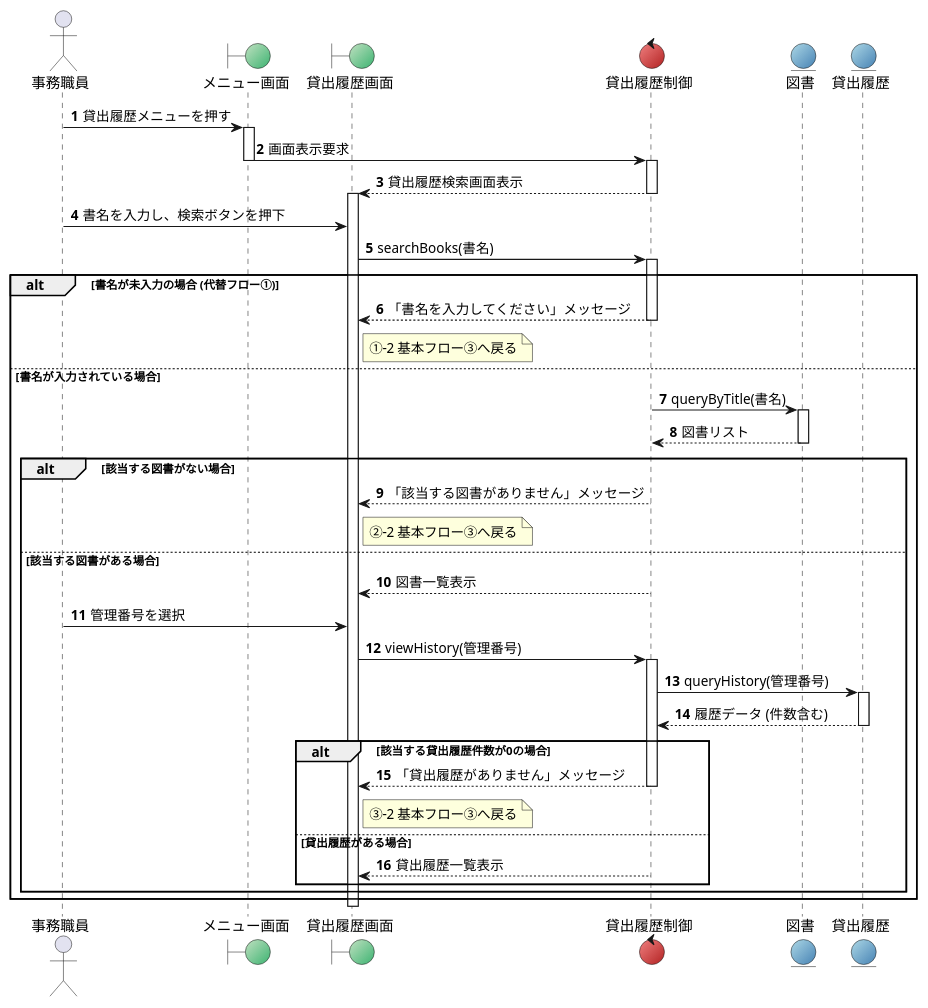
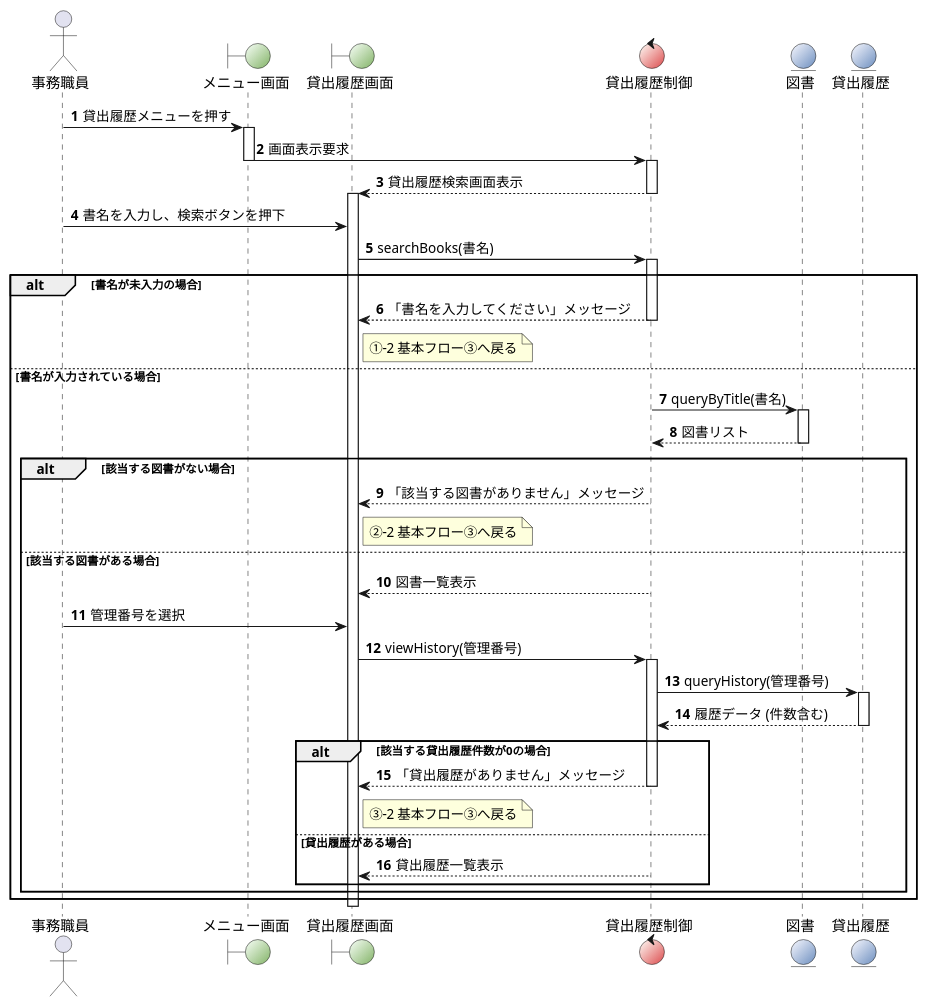
One commit to mameiku/group3-4-No.2 changed the diagram in sequencs_04.pu. Above: the diagram before and after it, drawn with PlantUML.

Commit message:
変更

```diff
--- a/sequencs_04.pu
+++ b/sequencs_04.pu
@@ -1,77 +1,77 @@
 @startuml LoanHistoryViewSequence
 
-' ロバストネス図の色をオブジェクトに直接指定
 actor "事務職員" as Staff
-' Boundary (緑系)
-boundary "メニュー画面" as MScreen #C1E1C1/3CB371
-boundary "貸出履歴画面" as HScreen #C1E1C1/3CB371
-' Control (赤系)
-control "貸出履歴制御" as HCtrl #F08080/B22222
-' Entity (青系)
-entity "図書" as Book #ADD8E6/4682B4
-entity "貸出履歴" as Loan #ADD8E6/4682B4
+' Boundary (緑系) - 色を最大限に薄く調整
+boundary "メニュー画面" as MScreen #F9FFF9/82B366
+boundary "貸出履歴画面" as HScreen #F9FFF9/82B366
+' Control (赤系) - 色を最大限に薄く調整
+control "貸出履歴制御" as HCtrl #FFFFF9/DC4A4C
+' Entity (青系) - 色を最大限に薄く調整
+entity "図書" as Book #F9F9FF/6C8EBF
+entity "貸出履歴" as Loan #F9F9FF/6C8EBF
 
 autonumber
 
 ' ①～② 画面表示
 Staff -> MScreen: 貸出履歴メニューを押す
 activate MScreen
 MScreen -> HCtrl: 画面表示要求
 deactivate MScreen
 activate HCtrl
 HCtrl --> HScreen: 貸出履歴検索画面表示
 deactivate HCtrl
 activate HScreen 
+
 ' 基本フロー ③: 書名検索ボタン押下
 Staff -> HScreen: 書名を入力し、検索ボタンを押下
 
 HScreen -> HCtrl: searchBooks(書名)
 activate HCtrl
 
-' 代替フローと基本フローの分岐処理
-alt 書名が未入力の場合 (代替フロー①)
+' 代替フロー ①: 書名が未入力の場合の分岐
+alt 書名が未入力の場合
     HCtrl --> HScreen: 「書名を入力してください」メッセージ
     deactivate HCtrl
     note right of HScreen: ①-2 基本フロー③へ戻る
 else 書名が入力されている場合
     
     ' 基本フロー ④: DB検索と結果取得
     HCtrl -> Book: queryByTitle(書名)
     activate Book
     Book --> HCtrl: 図書リスト
     deactivate Book
 
     ' 代替フロー ②: 該当図書がない場合の分岐
     alt 該当する図書がない場合
         HCtrl --> HScreen: 「該当する図書がありません」メッセージ
         deactivate HCtrl
         note right of HScreen: ②-2 基本フロー③へ戻る
     
     else 該当する図書がある場合
         HCtrl --> HScreen: 図書一覧表示
-        deactivate HCtrl 
+        deactivate HCtrl
 
         ' 基本フロー ⑤: 管理番号選択
         Staff -> HScreen: 管理番号を選択
 
         ' 基本フロー ⑥: 履歴取得
         HScreen -> HCtrl: viewHistory(管理番号)
         activate HCtrl
         HCtrl -> Loan: queryHistory(管理番号)
         activate Loan
         Loan --> HCtrl: 履歴データ (件数含む)
         deactivate Loan
 
         ' 代替フロー ③: 貸出履歴件数が0の場合の分岐
         alt 該当する貸出履歴件数が0の場合
             HCtrl --> HScreen: 「貸出履歴がありません」メッセージ
             deactivate HCtrl
             note right of HScreen: ③-2 基本フロー③へ戻る
         else 貸出履歴がある場合
             HCtrl --> HScreen: 貸出履歴一覧表示
             deactivate HCtrl
         end
     end
 end
-deactivate HScreen
+deactivate HScreen 
 @enduml
```
